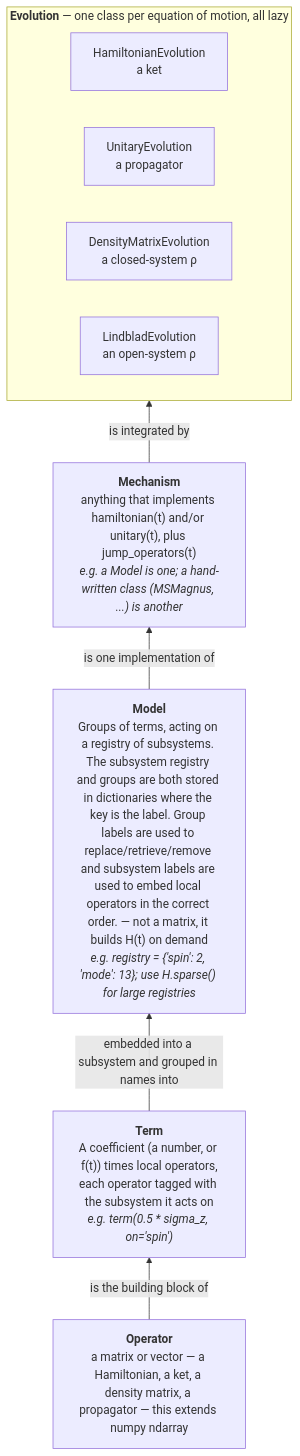
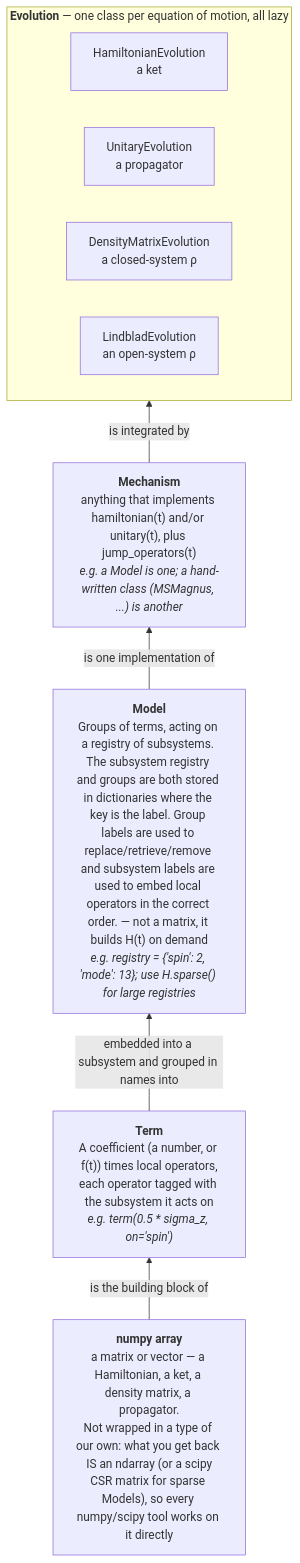
The diagram in README.md (bharraz/htdse), drawn with Mermaid before and after one commit. The commit also changed other lines of this file and 22 other files, not shown here.

````diff
--- a/README.md
+++ b/README.md
@@ -53,24 +53,24 @@
 ```mermaid
 %%{init: {"flowchart": {"rankSpacing": 60, "nodeSpacing": 50}}}%%
 flowchart BT
-    OP["<b>Operator</b><br/>a matrix or vector — a Hamiltonian, a ket, a density matrix, a propagator — this extends numpy ndarray"]
+    OP["<b>numpy array</b><br/>a matrix or vector — a Hamiltonian, a ket, a density matrix, a propagator.<br/>Not wrapped in a type of our own: what you get back IS an ndarray (or a scipy<br/>CSR matrix for sparse Models), so every numpy/scipy tool works on it directly"]
 
     TERM["<b>Term</b><br/>A coefficient (a number, or f(t)) times local operators,<br/>each operator tagged with the subsystem it acts on<br/><i>e.g. term(0.5 * sigma_z, on='spin')</i>"]
 
     MODEL["<b>Model</b><br/>Groups of terms, acting on a registry of subsystems. The subsystem registry and groups are both stored in dictionaries where the key is the label. Group labels are used to replace/retrieve/remove and subsystem labels are used to embed local operators in the correct order. — not a matrix, it builds H(t) on demand<br/><i>e.g. registry = {'spin': 2, 'mode': 13}; use H.sparse() for large registries</i>"]
 
     MECH["<b>Mechanism</b><br/>anything that implements hamiltonian(t) and/or unitary(t), plus jump_operators(t)<br/><i>e.g. a Model is one; a hand-written class (MSMagnus, ...) is another</i>"]
 
     subgraph EVO["<b>Evolution</b> — one class per equation of motion, all lazy"]
         direction LR
         E1["HamiltonianEvolution<br/>a ket"]
         E2["UnitaryEvolution<br/>a propagator"]
         E3["DensityMatrixEvolution<br/>a closed-system ρ"]
         E4["LindbladEvolution<br/>an open-system ρ"]
     end
 
     OP -- "is the building block of" --> TERM
     TERM -- "embedded into a subsystem and grouped in names into" --> MODEL
     MODEL -- "is one implementation of" --> MECH
     MECH -- "is integrated by" --> EVO
 ```
````
